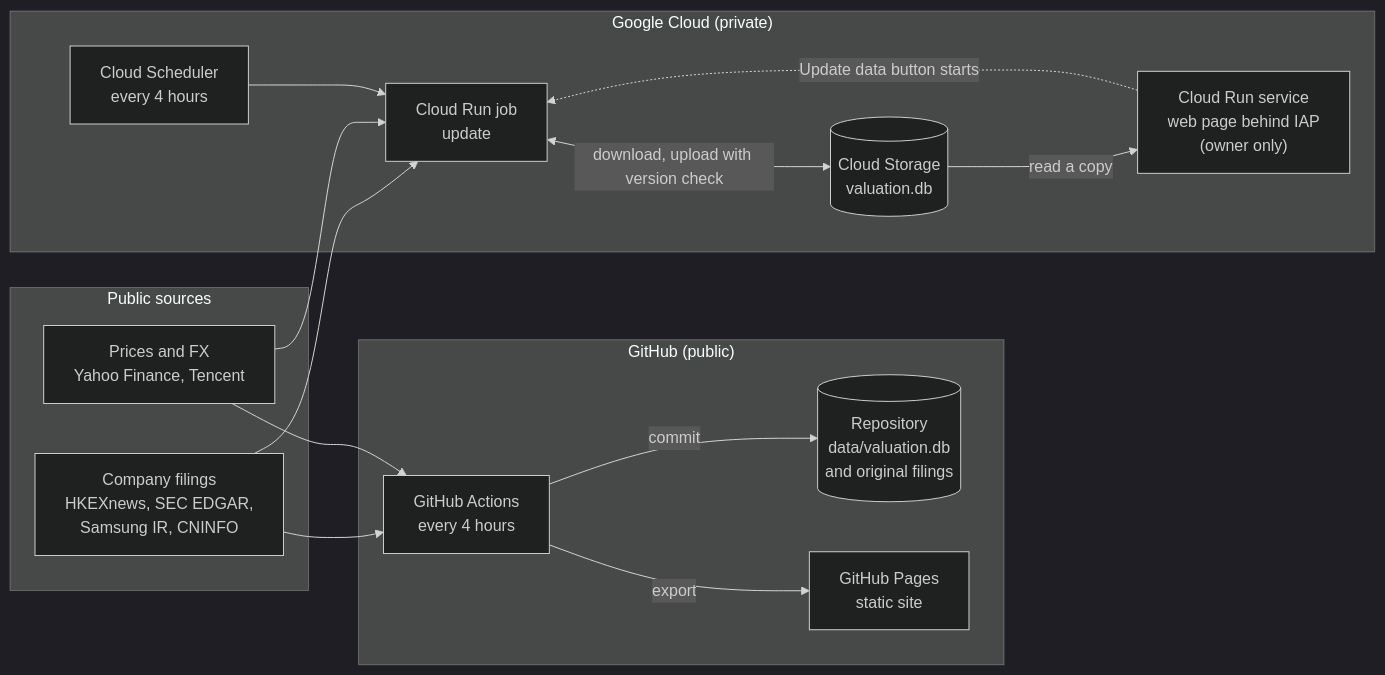
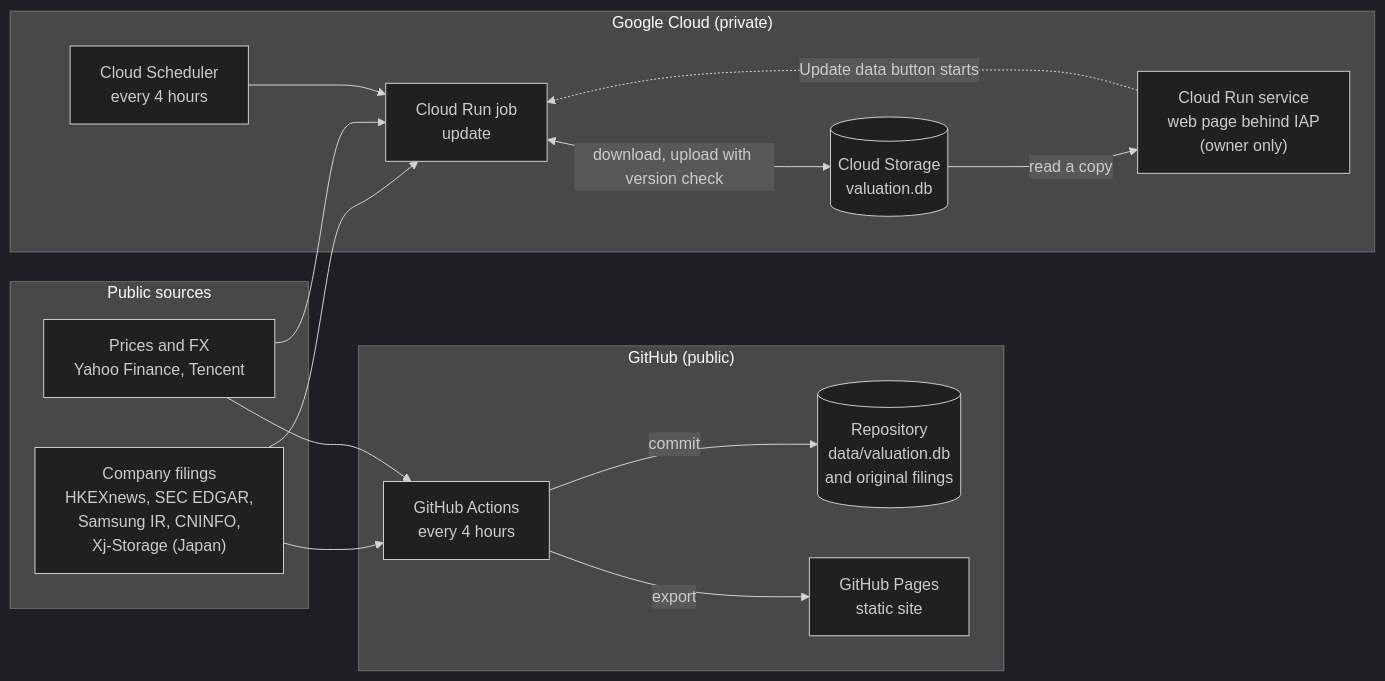
Before and after one commit to yun-zhsh/Watchlist-monitor: the diagram in README.md, drawn with Mermaid (dark theme). The commit also changed other lines of this file and 17 other files, not shown here.

````diff
--- a/README.md
+++ b/README.md
@@ -19,32 +19,32 @@
 ```mermaid
 flowchart LR
   subgraph SRC["Public sources"]
-    F["Company filings<br/>HKEXnews, SEC EDGAR,<br/>Samsung IR, CNINFO"]
+    F["Company filings<br/>HKEXnews, SEC EDGAR,<br/>Samsung IR, CNINFO,<br/>Xj-Storage (Japan)"]
     P["Prices and FX<br/>Yahoo Finance, Tencent"]
   end
 
   subgraph GH["GitHub (public)"]
     A["GitHub Actions<br/>every 4 hours"]
     R[("Repository<br/>data/valuation.db<br/>and original filings")]
     S["GitHub Pages<br/>static site"]
   end
 
   subgraph GCP["Google Cloud (private)"]
     SCH["Cloud Scheduler<br/>every 4 hours"]
     J["Cloud Run job<br/>update"]
     B[("Cloud Storage<br/>valuation.db")]
     W["Cloud Run service<br/>web page behind IAP<br/>(owner only)"]
   end
 
   F --> A
   P --> A
   A -- commit --> R
   A -- export --> S
 
   F --> J
   P --> J
   SCH --> J
   J <-- "download, upload with version check" --> B
   B -- "read a copy" --> W
   W -. "Update data button starts" .-> J
 ```
````
